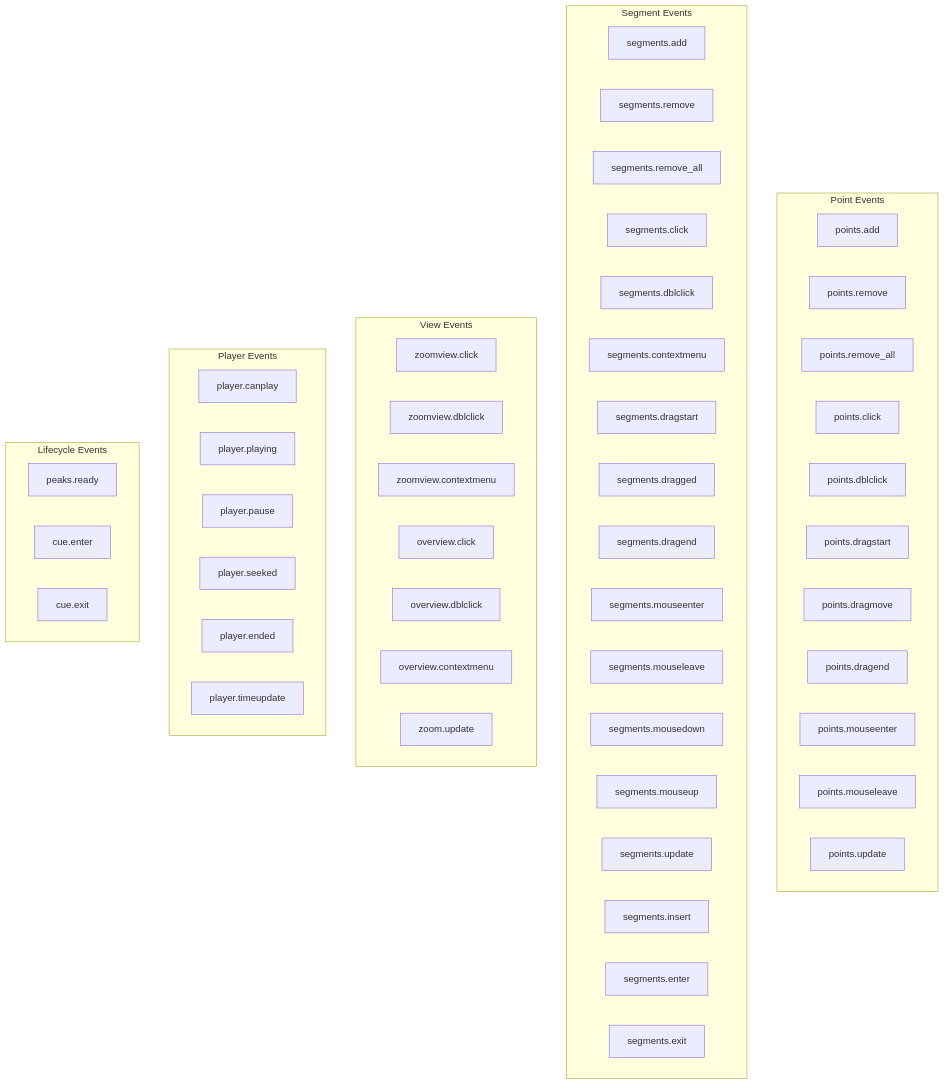
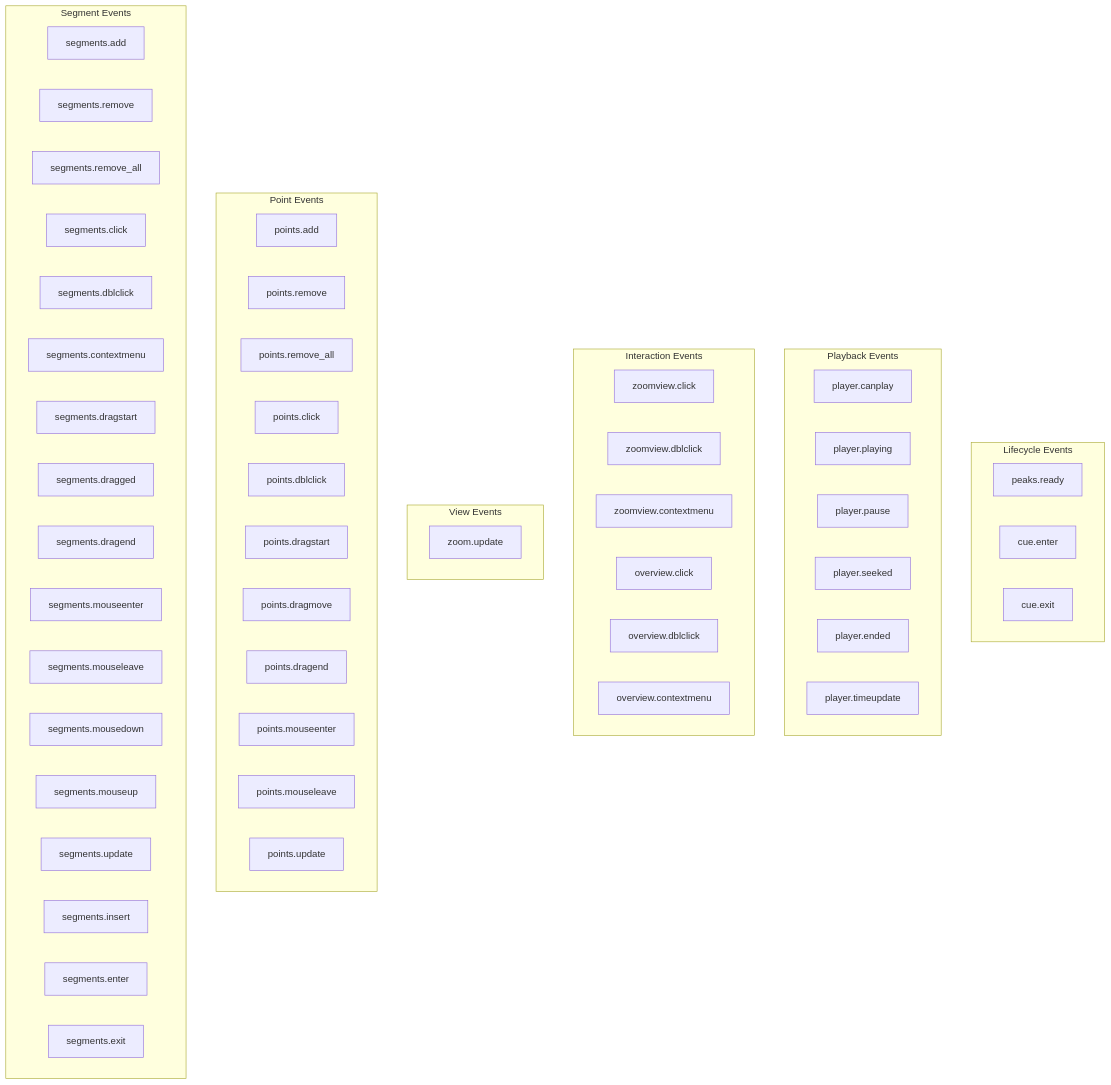
Before and after one commit to ldayton/Driftwave: the third of 5 diagrams in docs/src/prior-art/peaksjs.md, drawn with Mermaid. The commit also changed other lines of this file and 1 other file, not shown here.

````diff
--- a/docs/src/prior-art/peaksjs.md
+++ b/docs/src/prior-art/peaksjs.md
@@ -174,61 +189,64 @@
 ```mermaid
 graph TB
+    subgraph "Lifecycle Events"
+        peaks.ready[peaks.ready]
+        cue.enter[cue.enter]
+        cue.exit[cue.exit]
+    end
+
+    subgraph "Playback Events"
+        player.canplay[player.canplay]
+        player.playing[player.playing]
+        player.pause[player.pause]
+        player.seeked[player.seeked]
+        player.ended[player.ended]
+        player.timeupdate[player.timeupdate]
+    end
+
+    subgraph "Interaction Events"
+        zoomview.click[zoomview.click]
+        zoomview.dblclick[zoomview.dblclick]
+        zoomview.contextmenu[zoomview.contextmenu]
+        overview.click[overview.click]
+        overview.dblclick[overview.dblclick]
+        overview.contextmenu[overview.contextmenu]
+    end
+
+    subgraph "View Events"
+        zoom.update[zoom.update]
+    end
+
     subgraph "Point Events"
         points.add[points.add]
         points.remove[points.remove]
         points.remove_all[points.remove_all]
         points.click[points.click]
         points.dblclick[points.dblclick]
         points.dragstart[points.dragstart]
         points.dragmove[points.dragmove]
         points.dragend[points.dragend]
         points.mouseenter[points.mouseenter]
         points.mouseleave[points.mouseleave]
         points.update[points.update]
     end
 
     subgraph "Segment Events"
         segments.add[segments.add]
         segments.remove[segments.remove]
         segments.remove_all[segments.remove_all]
         segments.click[segments.click]
         segments.dblclick[segments.dblclick]
         segments.contextmenu[segments.contextmenu]
         segments.dragstart[segments.dragstart]
         segments.dragged[segments.dragged]
         segments.dragend[segments.dragend]
         segments.mouseenter[segments.mouseenter]
         segments.mouseleave[segments.mouseleave]
         segments.mousedown[segments.mousedown]
         segments.mouseup[segments.mouseup]
         segments.update[segments.update]
         segments.insert[segments.insert]
         segments.enter[segments.enter]
         segments.exit[segments.exit]
     end
-
-    subgraph "View Events"
-        zoomview.click[zoomview.click]
-        zoomview.dblclick[zoomview.dblclick]
-        zoomview.contextmenu[zoomview.contextmenu]
-        overview.click[overview.click]
-        overview.dblclick[overview.dblclick]
-        overview.contextmenu[overview.contextmenu]
-        zoom.update[zoom.update]
-    end
-
-    subgraph "Player Events"
-        player.canplay[player.canplay]
-        player.playing[player.playing]
-        player.pause[player.pause]
-        player.seeked[player.seeked]
-        player.ended[player.ended]
-        player.timeupdate[player.timeupdate]
-    end
-
-    subgraph "Lifecycle Events"
-        peaks.ready[peaks.ready]
-        cue.enter[cue.enter]
-        cue.exit[cue.exit]
-    end
 ```
````
